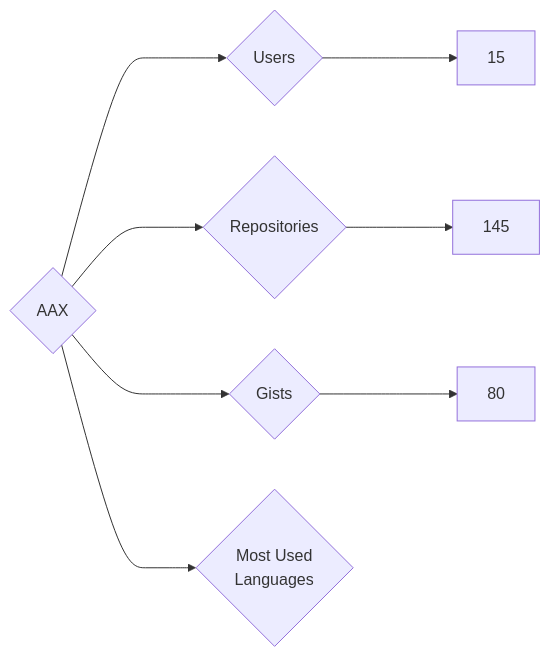
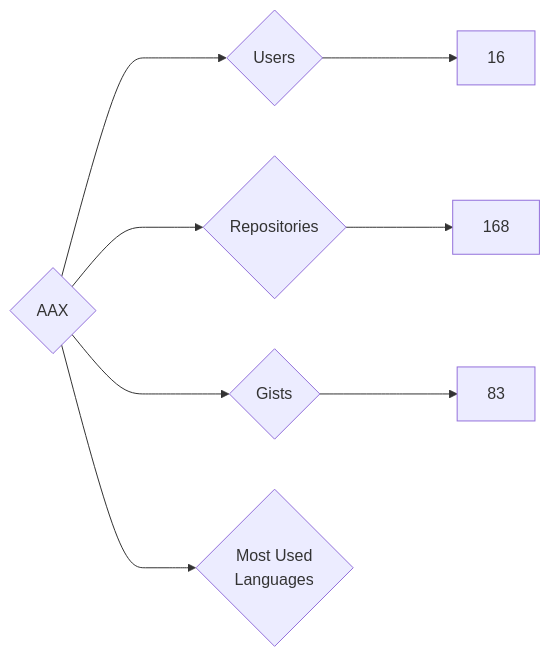
The diagram in targets/AAX/README.md (nenadzaric/insiders), drawn with Mermaid before and after one commit. The commit also changed 15 other files, not shown here.

````diff
--- a/targets/AAX/README.md
+++ b/targets/AAX/README.md
@@ -3,8 +3,8 @@
 ```mermaid
 graph LR
 COMPANY_NAME{AAX}
-COMPANY_NAME ---> U{Users} ---> UN[15]
-COMPANY_NAME ---> R{Repositories} ---> RN[145]
-COMPANY_NAME ---> G{Gists} ---> GN[80]
+COMPANY_NAME ---> U{Users} ---> UN[16]
+COMPANY_NAME ---> R{Repositories} ---> RN[168]
+COMPANY_NAME ---> G{Gists} ---> GN[83]
 COMPANY_NAME ---> ML{Most Used<br>Languages}
 ```
````
